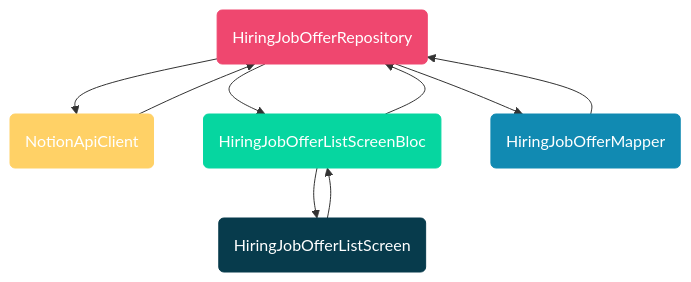
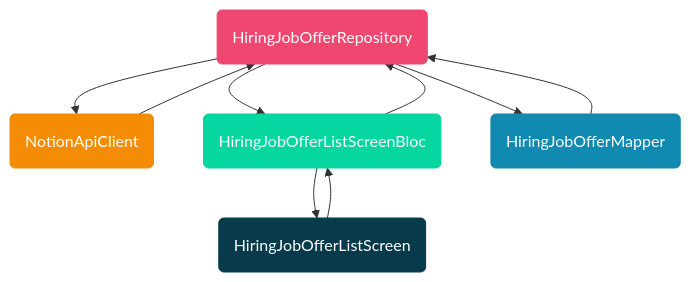
The second of 2 diagrams in offertelavoroflutter_app/README.md (manugando/hackathon-fudeo-offertelavoroflutter-it-app), drawn with Mermaid before and after one commit. The commit also changed other lines of this file, not shown here.

````diff
--- a/offertelavoroflutter_app/README.md
+++ b/offertelavoroflutter_app/README.md
@@ -59,14 +59,14 @@
 ```mermaid
 flowchart TD
     A(HiringJobOfferRepository)-->B(NotionApiClient) & C(HiringJobOfferListScreenBloc) & D(HiringJobOfferMapper)
     B-->A
     C-->A
     D-->A
     C-->E(HiringJobOfferListScreen)
     E-->C
     style A fill:#ef476f,stroke:#ef476f,color:#fff
-    style B fill:#ffd166,stroke:#ffd166,color:#fff
+    style B fill:#f48c06,stroke:#f48c06,color:#fff
     style C fill:#06d6a0,stroke:#06d6a0,color:#fff
     style D fill:#118ab2,stroke:#118ab2,color:#fff
     style E fill:#073b4c,stroke:#073b4c,color:#fff
 ```
````
